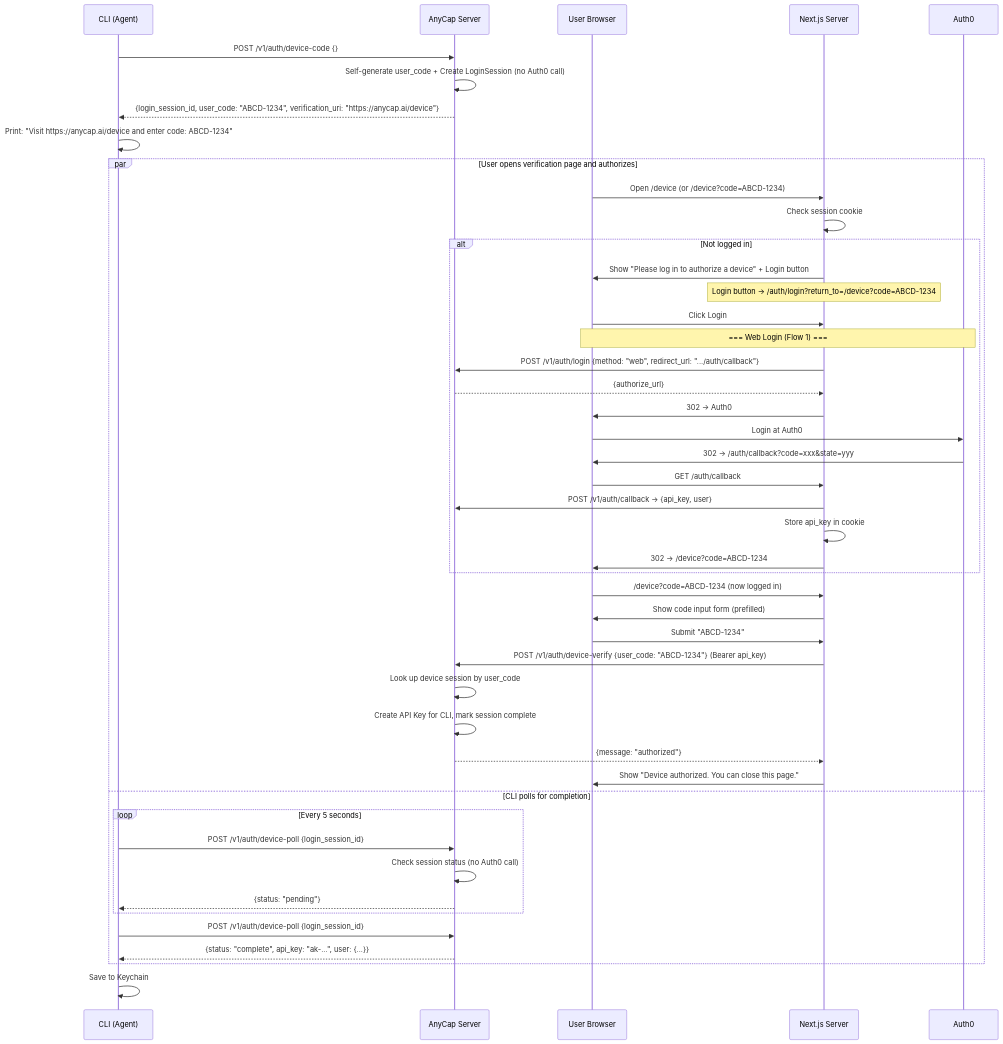
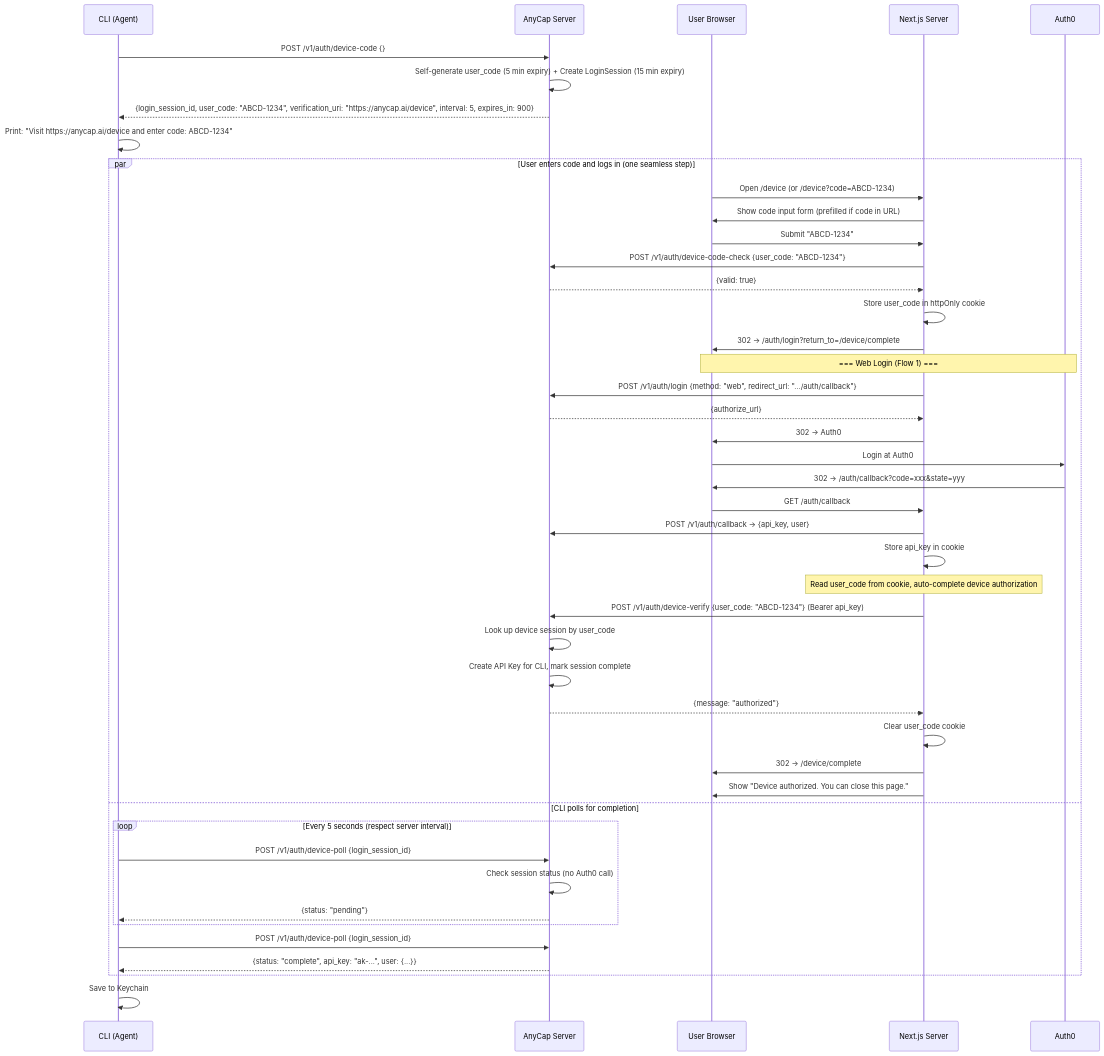
Before and after one commit to anycap-ai/anycap: the third of 3 diagrams in docs/plans/2026-03-26-web-auth-flows.md, drawn with Mermaid. The commit also changed other lines of this file and 1 other file, not shown here.

Commit message:
docs: up web auth

````diff
--- a/docs/plans/2026-03-26-web-auth-flows.md
+++ b/docs/plans/2026-03-26-web-auth-flows.md
@@ -134,55 +135,54 @@
 ```mermaid
 sequenceDiagram
     participant C as CLI (Agent)
     participant S as AnyCap Server
     participant B as User Browser
     participant N as Next.js Server
     participant A as Auth0
 
     C->>S: POST /v1/auth/device-code {}
-    S->>S: Self-generate user_code + Create LoginSession (no Auth0 call)
-    S-->>C: {login_session_id, user_code: "ABCD-1234", verification_uri: "https://anycap.ai/device"}
+    S->>S: Self-generate user_code (5 min expiry) + Create LoginSession (15 min expiry)
+    S-->>C: {login_session_id, user_code: "ABCD-1234", verification_uri: "https://anycap.ai/device", interval: 5, expires_in: 900}
 
     C->>C: Print: "Visit https://anycap.ai/device and enter code: ABCD-1234"
 
-    par User opens verification page and authorizes
+    par User enters code and logs in (one seamless step)
         B->>N: Open /device (or /device?code=ABCD-1234)
-        N->>N: Check session cookie
+        N->>B: Show code input form (prefilled if code in URL)
+        B->>N: Submit "ABCD-1234"
+        N->>S: POST /v1/auth/device-code-check {user_code: "ABCD-1234"}
+        S-->>N: {valid: true}
+        N->>N: Store user_code in httpOnly cookie
+        N->>B: 302 → /auth/login?return_to=/device/complete
 
-        alt Not logged in
-            N->>B: Show "Please log in to authorize a device" + Login button
-            Note over N: Login button → /auth/login?return_to=/device?code=ABCD-1234
-            B->>N: Click Login
-            Note over B,A: === Web Login (Flow 1) ===
-            N->>S: POST /v1/auth/login {method: "web", redirect_url: ".../auth/callback"}
-            S-->>N: {authorize_url}
-            N->>B: 302 → Auth0
-            B->>A: Login at Auth0
-            A->>B: 302 → /auth/callback?code=xxx&state=yyy
-            B->>N: GET /auth/callback
-            N->>S: POST /v1/auth/callback → {api_key, user}
-            N->>N: Store api_key in cookie
-            N->>B: 302 → /device?code=ABCD-1234
-        end
+        Note over B,A: === Web Login (Flow 1) ===
+        N->>S: POST /v1/auth/login {method: "web", redirect_url: ".../auth/callback"}
+        S-->>N: {authorize_url}
+        N->>B: 302 → Auth0
+        B->>A: Login at Auth0
+        A->>B: 302 → /auth/callback?code=xxx&state=yyy
+        B->>N: GET /auth/callback
+        N->>S: POST /v1/auth/callback → {api_key, user}
+        N->>N: Store api_key in cookie
 
-        B->>N: /device?code=ABCD-1234 (now logged in)
-        N->>B: Show code input form (prefilled)
-        B->>N: Submit "ABCD-1234"
+        Note over N: Read user_code from cookie, auto-complete device authorization
         N->>S: POST /v1/auth/device-verify {user_code: "ABCD-1234"} (Bearer api_key)
         S->>S: Look up device session by user_code
         S->>S: Create API Key for CLI, mark session complete
         S-->>N: {message: "authorized"}
+        N->>N: Clear user_code cookie
+        N->>B: 302 → /device/complete
         N->>B: Show "Device authorized. You can close this page."
 
     and CLI polls for completion
-        loop Every 5 seconds
+        loop Every 5 seconds (respect server interval)
             C->>S: POST /v1/auth/device-poll {login_session_id}
             S->>S: Check session status (no Auth0 call)
             S-->>C: {status: "pending"}
         end
         C->>S: POST /v1/auth/device-poll {login_session_id}
         S-->>C: {status: "complete", api_key: "ak-...", user: {...}}
     end
 
     C->>C: Save to Keychain
 ```
````
